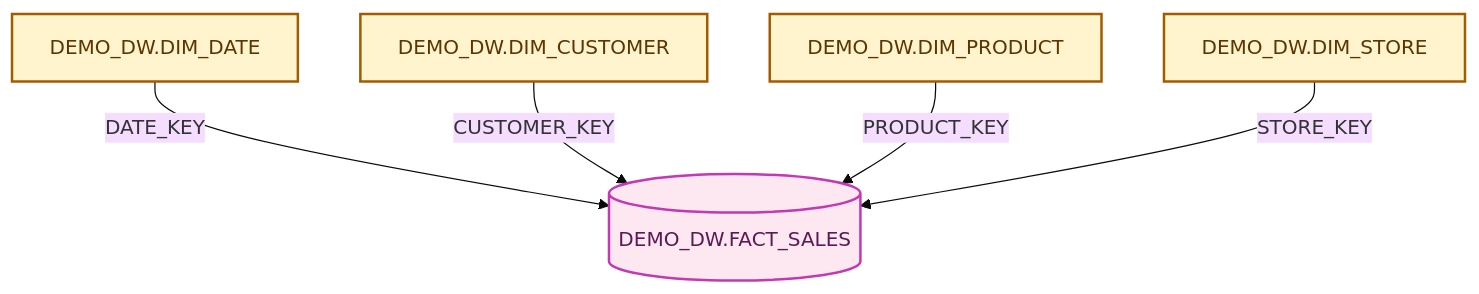
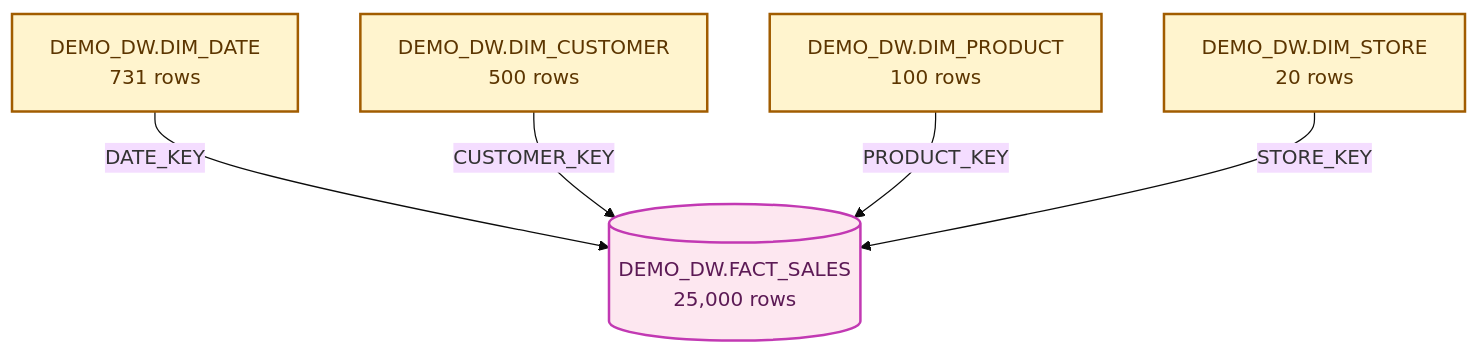
One commit to fredgis/oracletofabric changed the second of 2 diagrams in README.md. Above: the diagram before and after it, drawn with Mermaid (base theme). The commit also changed other lines of this file and 35 other files, not shown here.

````diff
--- a/README.md
+++ b/README.md
@@ -213,19 +105,19 @@
 ```mermaid
 flowchart TB
-    Date[DEMO_DW.DIM_DATE]
-    Customer[DEMO_DW.DIM_CUSTOMER]
-    Product[DEMO_DW.DIM_PRODUCT]
-    Store[DEMO_DW.DIM_STORE]
-    Sales[(DEMO_DW.FACT_SALES)]
+    Date[DEMO_DW.DIM_DATE<br/>731 rows]
+    Customer[DEMO_DW.DIM_CUSTOMER<br/>500 rows]
+    Product[DEMO_DW.DIM_PRODUCT<br/>100 rows]
+    Store[DEMO_DW.DIM_STORE<br/>20 rows]
+    Sales[(DEMO_DW.FACT_SALES<br/>25,000 rows)]
 
     Date -->|DATE_KEY| Sales
     Customer -->|CUSTOMER_KEY| Sales
     Product -->|PRODUCT_KEY| Sales
     Store -->|STORE_KEY| Sales
 
     classDef dimension fill:#FFF4CE,stroke:#A15C00,color:#5C3500,stroke-width:2px;
     classDef fact fill:#FDE7F0,stroke:#C239B3,color:#5C1A55,stroke-width:2px;
 
     class Date,Customer,Product,Store dimension;
     class Sales fact;
 ```
````
